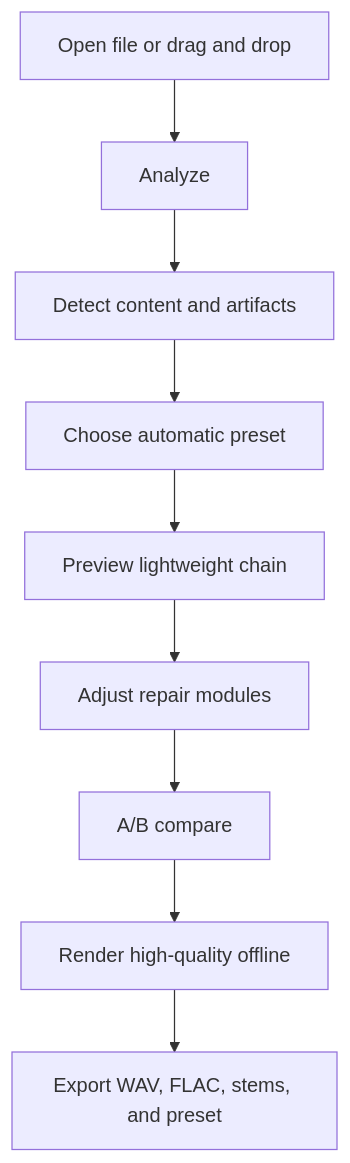
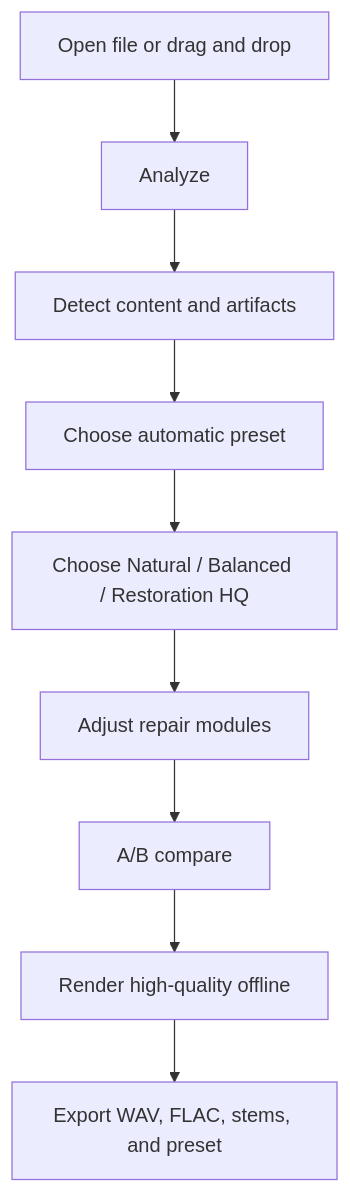
Before and after one commit to DanielKinsner/yes-voice: the second of 2 diagrams in docs/research/consolidated-voice-restoration-research.md, drawn with Mermaid. The commit also changed other lines of this file and 2 other files, not shown here.

Commit message:
Fold OpenAI voice restoration research into master

````diff
--- a/docs/research/consolidated-voice-restoration-research.md
+++ b/docs/research/consolidated-voice-restoration-research.md
@@ -233,11 +246,11 @@
 ```mermaid
 flowchart TD
     A[Open file or drag and drop] --> B[Analyze]
     B --> C[Detect content and artifacts]
     C --> D[Choose automatic preset]
-    D --> E[Preview lightweight chain]
+    D --> E[Choose Natural / Balanced / Restoration HQ]
     E --> F[Adjust repair modules]
     F --> G[A/B compare]
     G --> H[Render high-quality offline]
     H --> I[Export WAV, FLAC, stems, and preset]
 ```
````
